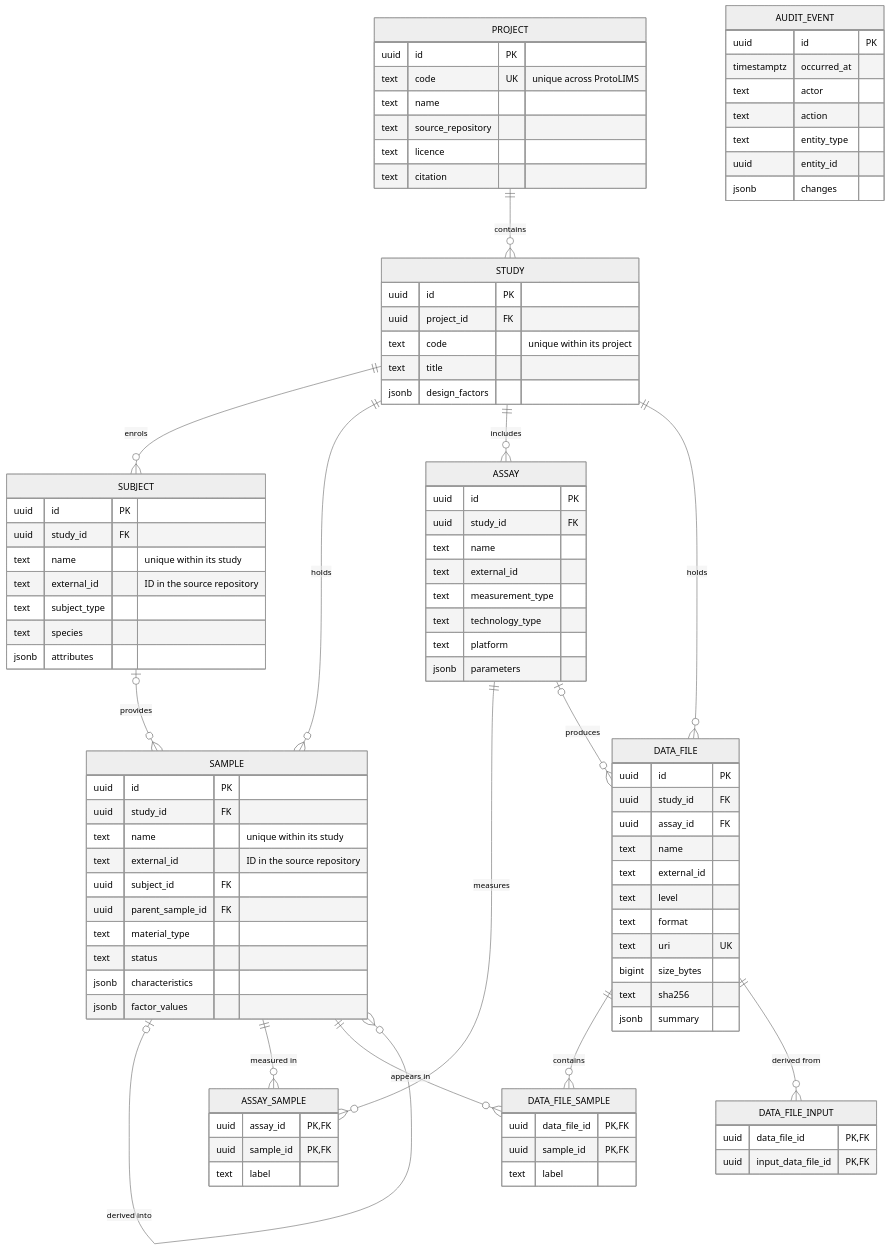
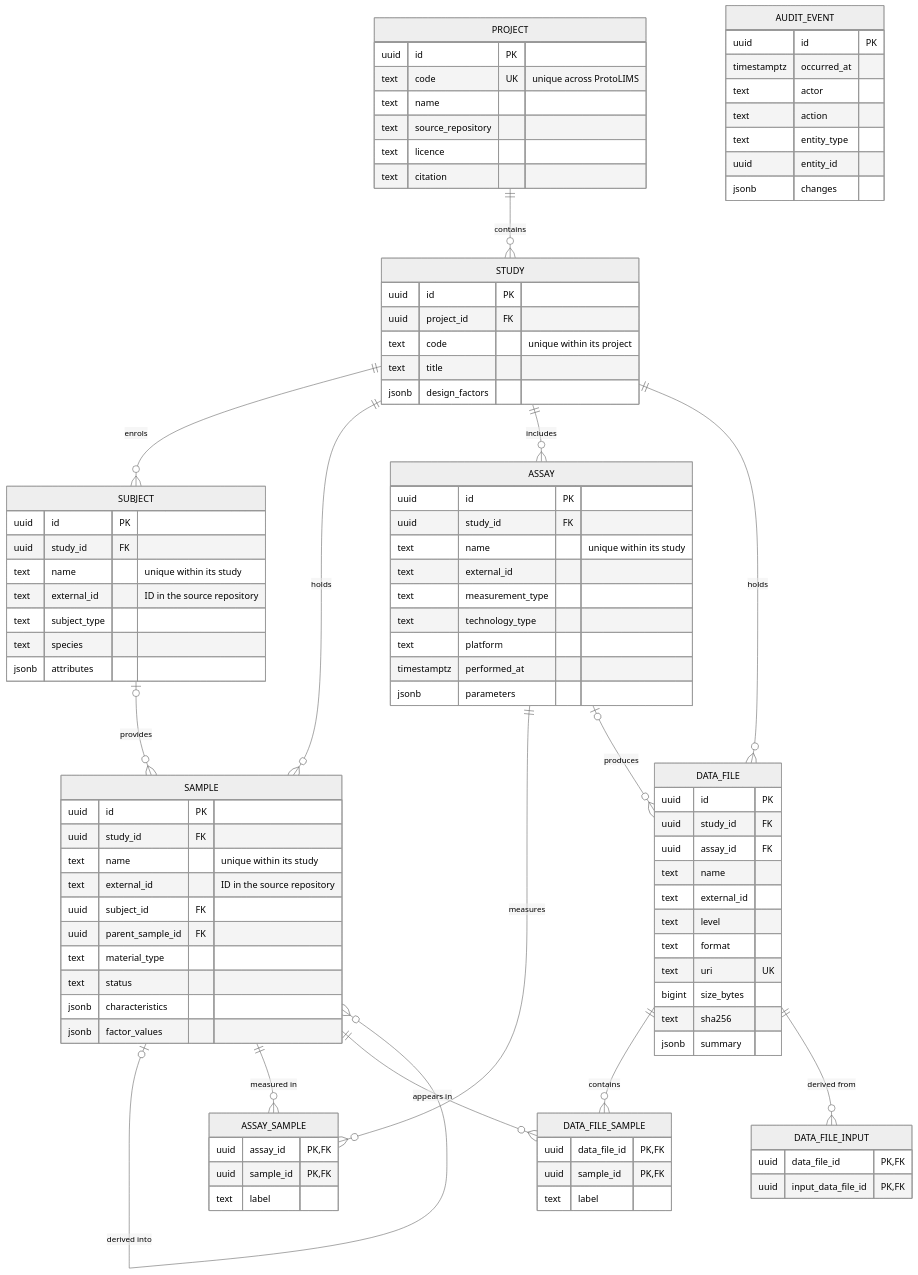
Before and after one commit to leehart3000/protolims: the diagram in docs/data-model.md, drawn with Mermaid (neutral theme). The commit also changed other lines of this file, not shown here.

```diff
--- a/docs/data-model.md
+++ b/docs/data-model.md
@@ -72,11 +72,12 @@
     ASSAY {
         uuid id PK
         uuid study_id FK
-        text name
+        text name "unique within its study"
         text external_id
         text measurement_type
         text technology_type
         text platform
+        timestamptz performed_at
         jsonb parameters
     }
     ASSAY_SAMPLE {
```
